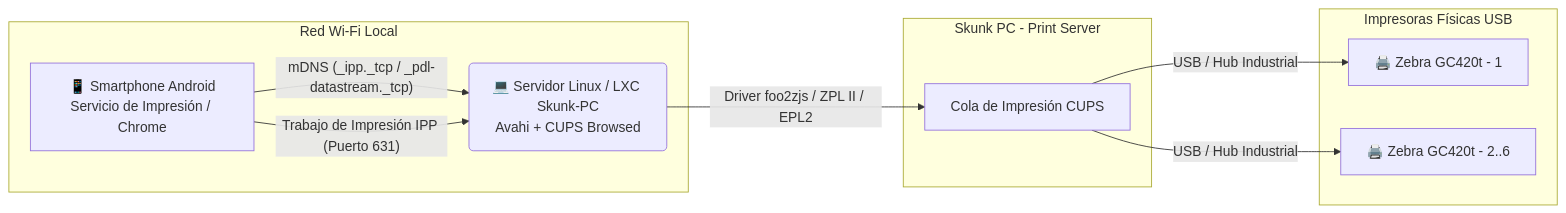
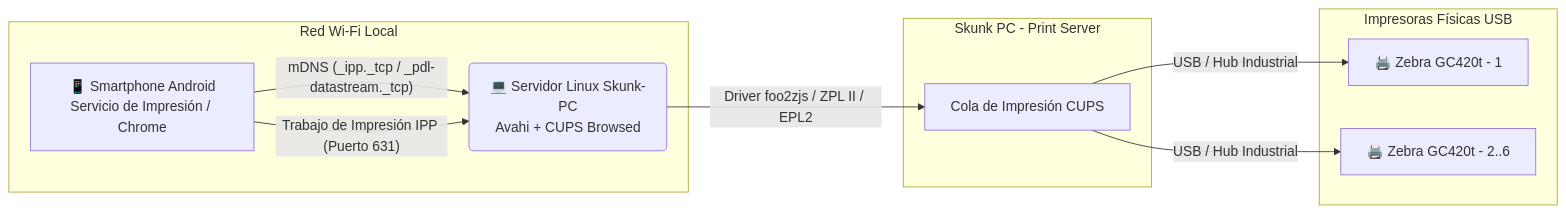
Before and after one commit to GerAjeno/Skunk-PC: the diagram in README.md, drawn with Mermaid. The commit also changed other lines of this file and 2 other files, not shown here.

Commit message:
docs: add Proxmox LXC setup and USB passthrough guide

````diff
--- a/README.md
+++ b/README.md
@@ -16,14 +11,14 @@
 ```mermaid
 graph LR
     subgraph LAN [Red Wi-Fi Local]
-        A[📱 Smartphone Android<br>Servicio de Impresión / Chrome] -- "mDNS (_ipp._tcp / _pdl-datastream._tcp)" --> B(💻 Servidor Linux / LXC Skunk-PC<br>Avahi + CUPS Browsed)
+        A[📱 Smartphone Android<br>Servicio de Impresión / Chrome] -- "mDNS (_ipp._tcp / _pdl-datastream._tcp)" --> B(💻 Servidor Linux Skunk-PC<br>Avahi + CUPS Browsed)
         A -- "Trabajo de Impresión IPP (Puerto 631)" --> B
     end
     subgraph SERVIDOR [Skunk PC - Print Server]
         B -- "Driver foo2zjs / ZPL II / EPL2" --> C[Cola de Impresión CUPS]
     end
     subgraph HARDWARE [Impresoras Físicas USB]
         C -- "USB / Hub Industrial" --> D1[🖨️ Zebra GC420t - 1]
         C -- "USB / Hub Industrial" --> D2[🖨️ Zebra GC420t - 2..6]
     end
 ```
````
